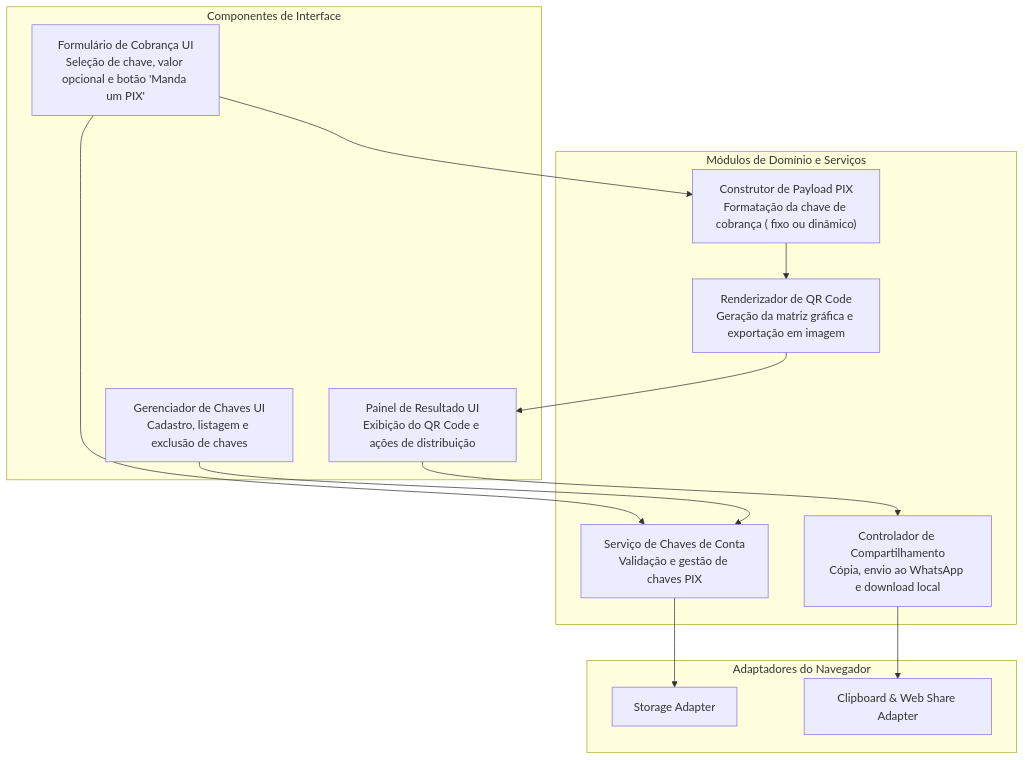
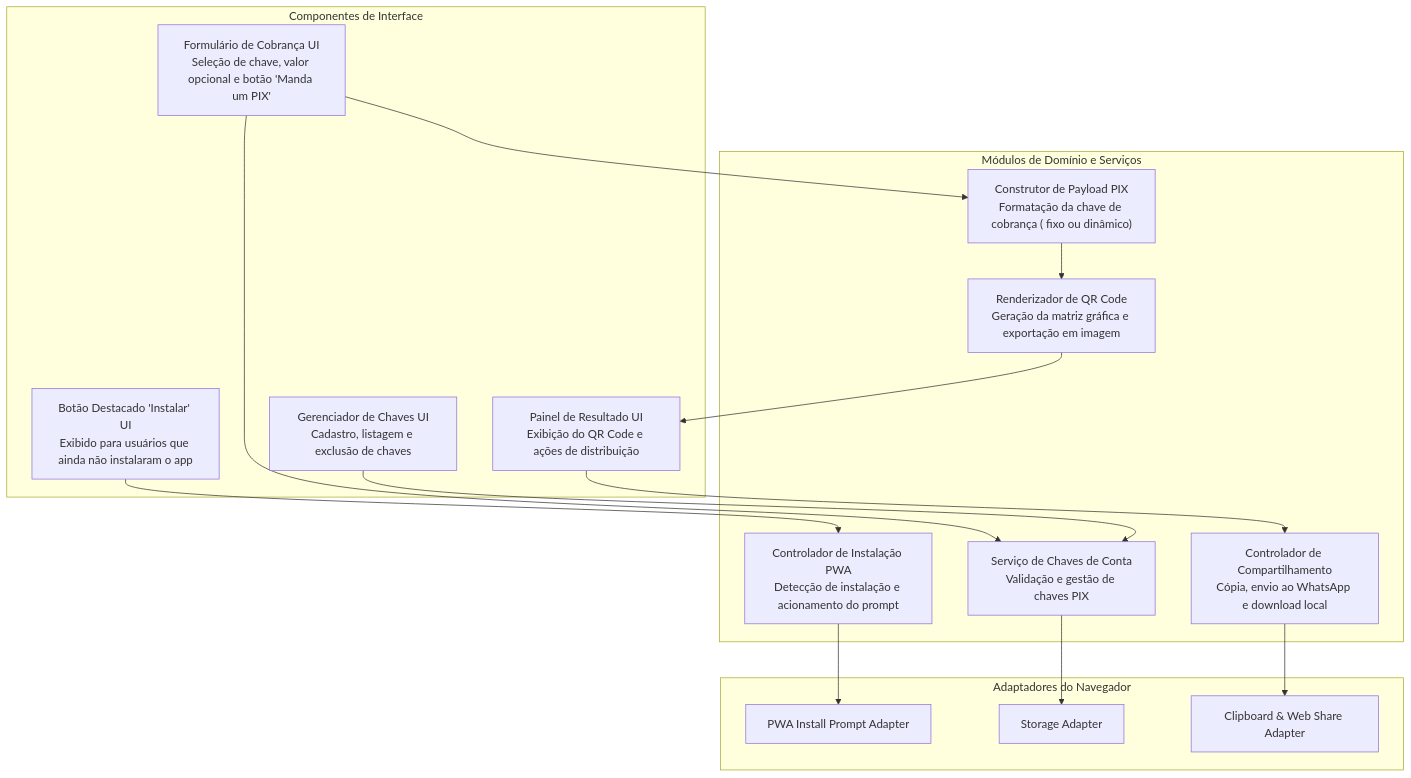
One commit to luizcanet/mandaumpix.app changed the third of 3 diagrams in docs/architecture/c4_models.md. Above: the diagram before and after it, drawn with Mermaid. The commit also changed 10 other files, not shown here.

Commit message:
docs: update documentation for PWA install button feature and business rules

````diff
--- a/docs/architecture/c4_models.md
+++ b/docs/architecture/c4_models.md
@@ -68,29 +68,34 @@
 ```mermaid
 flowchart TD
     subgraph UI["Componentes de Interface"]
+        InstallPromptUI["Botão Destacado 'Instalar' UI<br/>Exibido para usuários que ainda não instalaram o app"]
         KeyManagerUI["Gerenciador de Chaves UI<br/>Cadastro, listagem e exclusão de chaves"]
         ChargeFormUI["Formulário de Cobrança UI<br/>Seleção de chave, valor opcional e botão 'Manda um PIX'"]
         ResultViewUI["Painel de Resultado UI<br/>Exibição do QR Code e ações de distribuição"]
     end
 
     subgraph Core["Módulos de Domínio e Serviços"]
+        InstallController["Controlador de Instalação PWA<br/>Detecção de instalação e acionamento do prompt"]
         KeyService["Serviço de Chaves de Conta<br/>Validação e gestão de chaves PIX"]
         PixPayloadBuilder["Construtor de Payload PIX<br/>Formatação da chave de cobrança ( fixo ou dinâmico)"]
         QRCodeRenderer["Renderizador de QR Code<br/>Geração da matriz gráfica e exportação em imagem"]
         ShareController["Controlador de Compartilhamento<br/>Cópia, envio ao WhatsApp e download local"]
     end
 
     subgraph Adapters["Adaptadores do Navegador"]
+        InstallAdapter["PWA Install Prompt Adapter"]
         StorageAdapter["Storage Adapter"]
         BrowserShareAdapter["Clipboard & Web Share Adapter"]
     end
 
+    InstallPromptUI --> InstallController
+    InstallController --> InstallAdapter
     KeyManagerUI --> KeyService
     ChargeFormUI --> KeyService
     ChargeFormUI --> PixPayloadBuilder
     PixPayloadBuilder --> QRCodeRenderer
     QRCodeRenderer --> ResultViewUI
     ResultViewUI --> ShareController
     KeyService --> StorageAdapter
     ShareController --> BrowserShareAdapter
 ```
````
